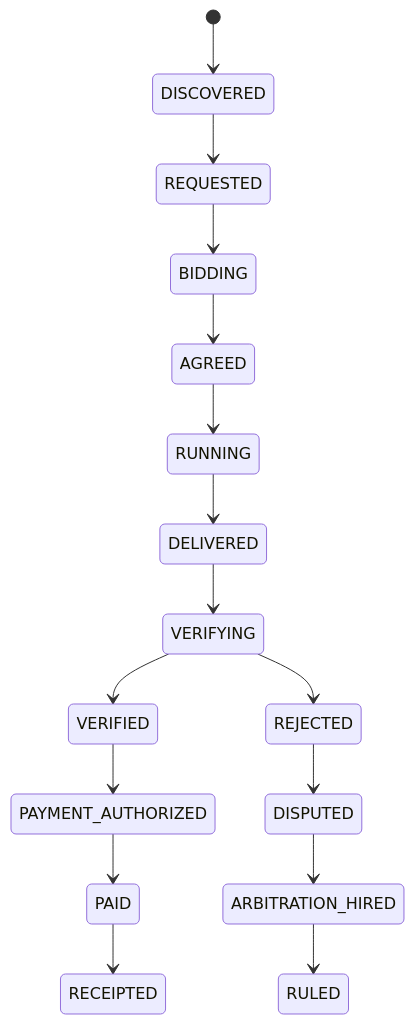
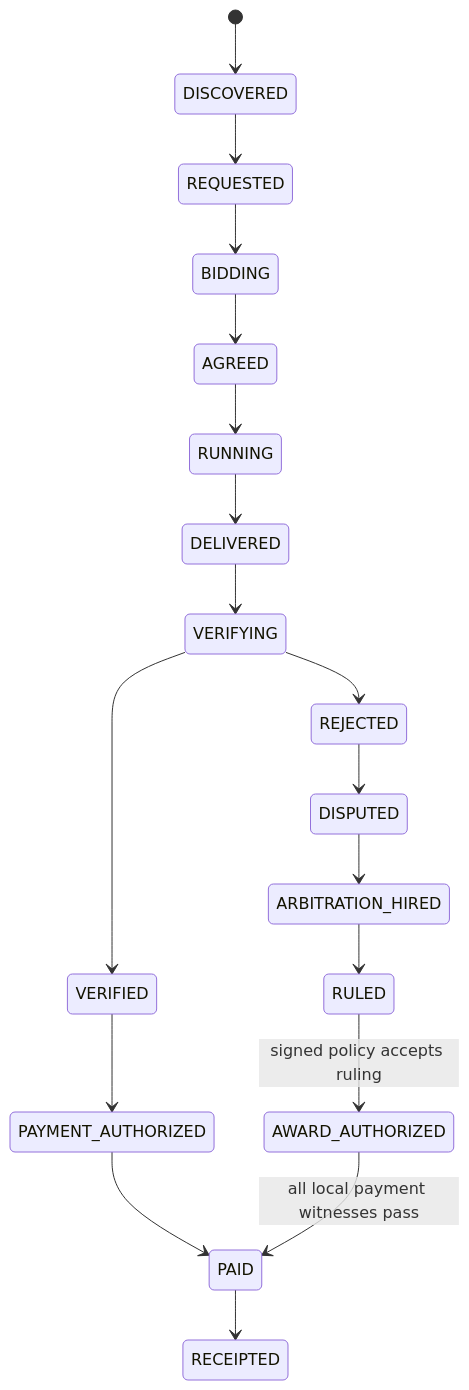
Before and after one commit to 0xgleb/agentopoly: the eighth of 8 diagrams in SPEC.md, drawn with Mermaid. The commit also changed other lines of this file and 12 other files, not shown here.

````diff
--- a/SPEC.md
+++ b/SPEC.md
@@ -178,18 +194,20 @@
 ```mermaid
 stateDiagram-v2
   [*] --> DISCOVERED
   DISCOVERED --> REQUESTED
   REQUESTED --> BIDDING
   BIDDING --> AGREED
   AGREED --> RUNNING
   RUNNING --> DELIVERED
   DELIVERED --> VERIFYING
   VERIFYING --> VERIFIED
   VERIFIED --> PAYMENT_AUTHORIZED
   PAYMENT_AUTHORIZED --> PAID
   PAID --> RECEIPTED
   VERIFYING --> REJECTED
   REJECTED --> DISPUTED
   DISPUTED --> ARBITRATION_HIRED
   ARBITRATION_HIRED --> RULED
+  RULED --> AWARD_AUTHORIZED: signed policy accepts ruling
+  AWARD_AUTHORIZED --> PAID: all local payment witnesses pass
 ```
````
